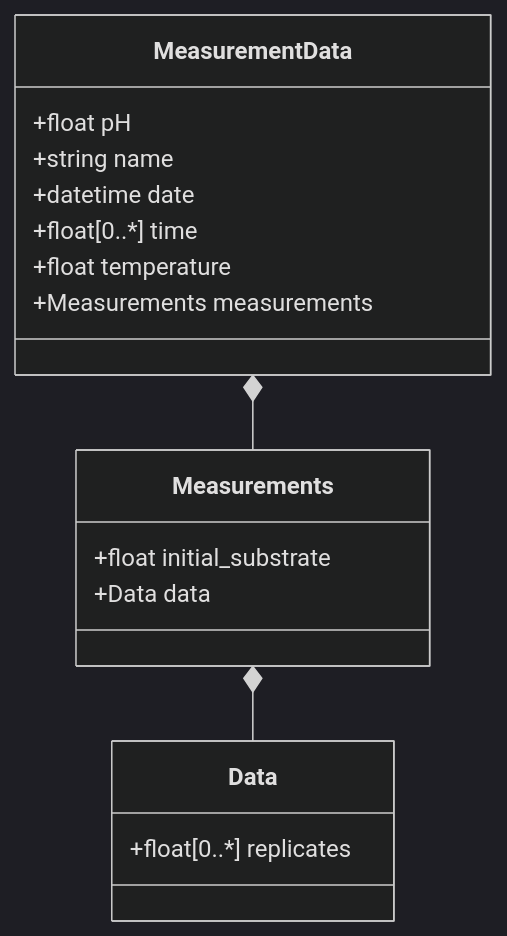
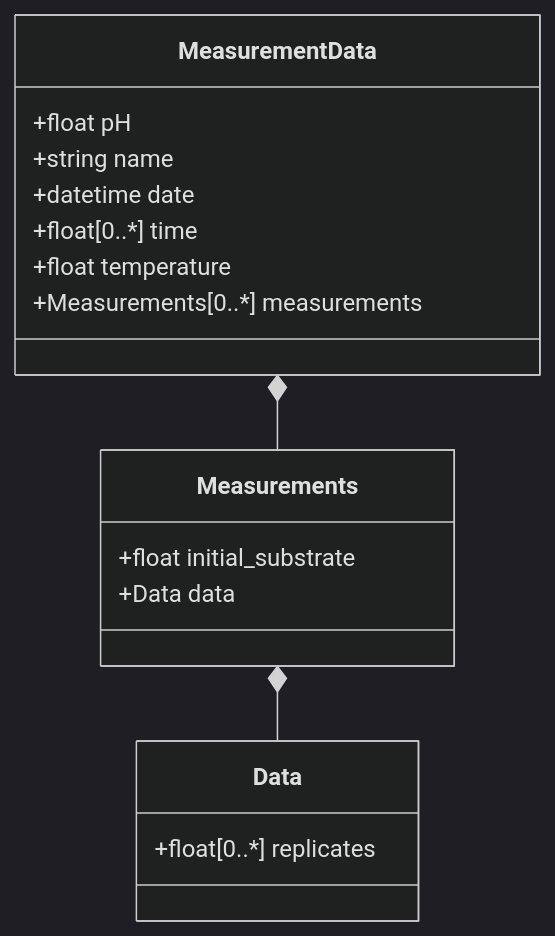
Before and after one commit to haeussma/raw-data-model: the diagram in MeasuremenData/schemes/RawData.md, drawn with Mermaid (dark theme). The commit also changed 4 other files, not shown here.

````diff
--- a/MeasuremenData/schemes/RawData.md
+++ b/MeasuremenData/schemes/RawData.md
@@ -1,24 +1,24 @@
 ```mermaid
 classDiagram
     MeasurementData *-- Measurements
     Measurements *-- Data
     
     class MeasurementData {
         +float pH
         +string name
         +datetime date
         +float[0..*] time
         +float temperature
-        +Measurements measurements
+        +Measurements[0..*] measurements
     }
     
     class Measurements {
         +float initial_substrate
         +Data data
     }
     
     class Data {
         +float[0..*] replicates
     }
     
 ```
````
